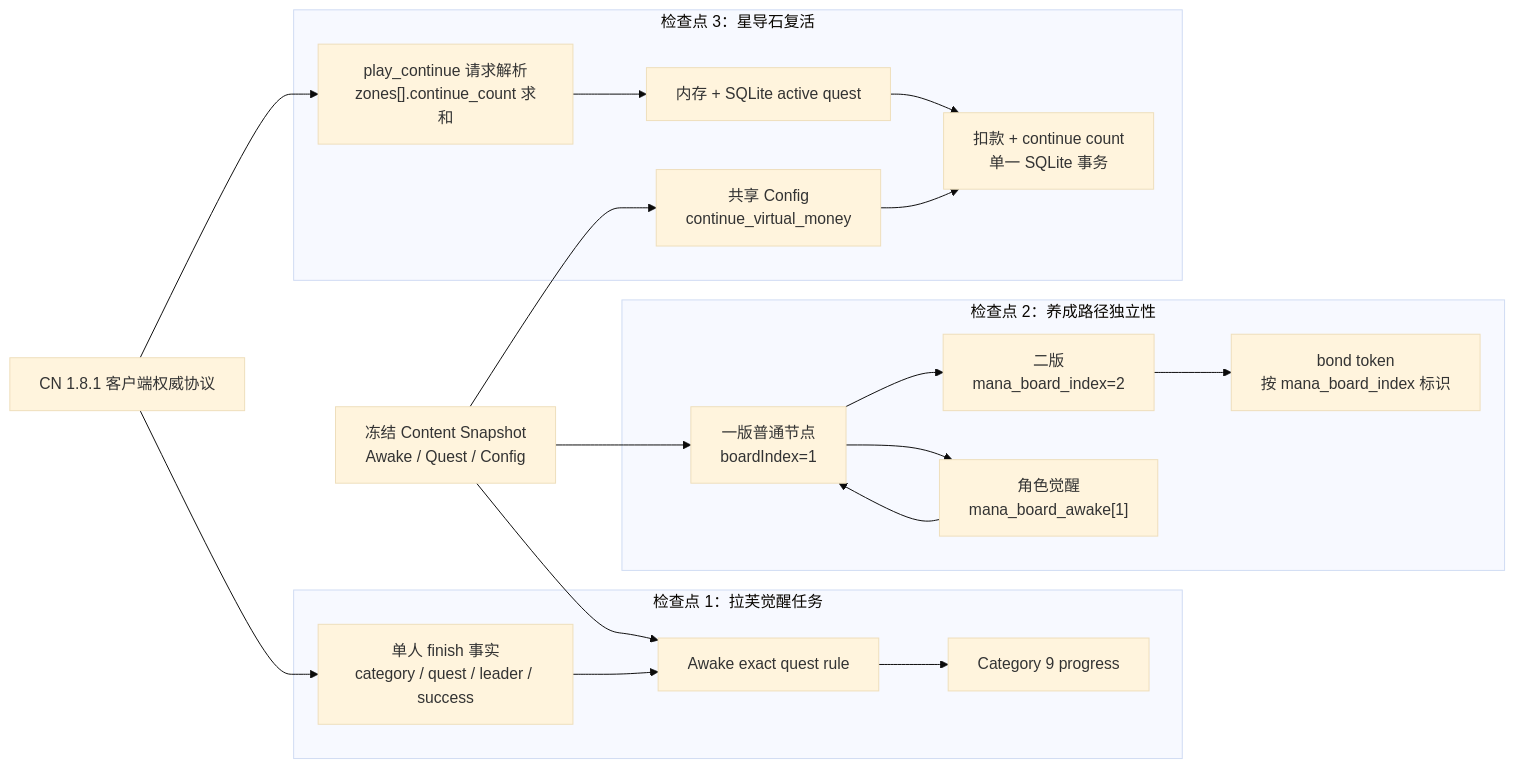
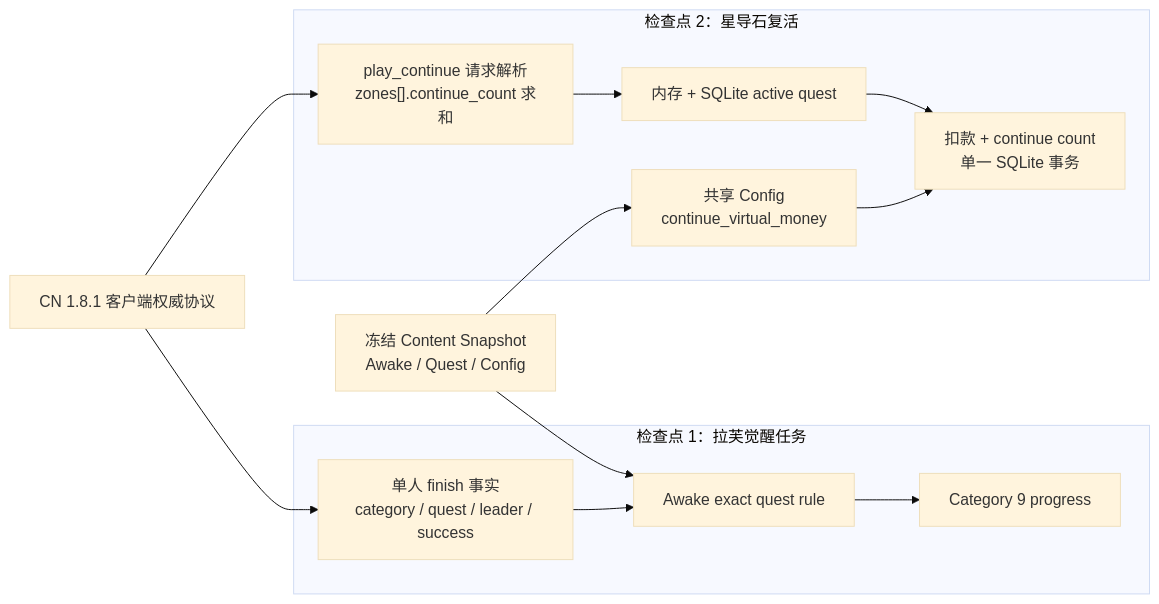
The first of 2 diagrams in docs/architecture/character-awake-and-continue-gate.md (DontBeAlarmed/startpoint-cn), drawn with Mermaid (base theme) before and after one commit. The commit also changed other lines of this file and 1 other file, not shown here.

Commit message:
docs: narrow awake and continue gate scope

````diff
--- a/docs/architecture/character-awake-and-continue-gate.md
+++ b/docs/architecture/character-awake-and-continue-gate.md
@@ -19,41 +20,28 @@
 ```mermaid
 flowchart LR
     CLIENT["CN 1.8.1 客户端权威协议"]
     CONTENT["冻结 Content Snapshot<br/>Awake / Quest / Config"]
 
     subgraph AWAKE["检查点 1：拉芙觉醒任务"]
         BATTLE_FACT["单人 finish 事实<br/>category / quest / leader / success"]
         AWAKE_RULE["Awake exact quest rule"]
         AWAKE_PROGRESS["Category 9 progress"]
     end
 
-    subgraph BOARD["检查点 2：养成路径独立性"]
-        BOARD1["一版普通节点<br/>boardIndex=1"]
-        BOARD2["二版<br/>mana_board_index=2"]
-        AWAKEN["角色觉醒<br/>mana_board_awake[1]"]
-        BOND["bond token<br/>按 mana_board_index 标识"]
-    end
-
-    subgraph CONTINUE["检查点 3：星导石复活"]
+    subgraph CONTINUE["检查点 2：星导石复活"]
         REQUEST["play_continue 请求解析<br/>zones[].continue_count 求和"]
         ACTIVE["内存 + SQLite active quest"]
         COST["共享 Config<br/>continue_virtual_money"]
         TX["扣款 + continue count<br/>单一 SQLite 事务"]
     end
 
     CLIENT --> BATTLE_FACT
     CONTENT --> AWAKE_RULE
     BATTLE_FACT --> AWAKE_RULE --> AWAKE_PROGRESS
 
-    CONTENT --> BOARD1
-    BOARD1 --> BOARD2
-    BOARD1 --> AWAKEN
-    BOARD2 --> BOND
-    AWAKEN --> BOARD1
-
     CLIENT --> REQUEST
     REQUEST --> ACTIVE
     CONTENT --> COST
     ACTIVE --> TX
     COST --> TX
 ```
````
